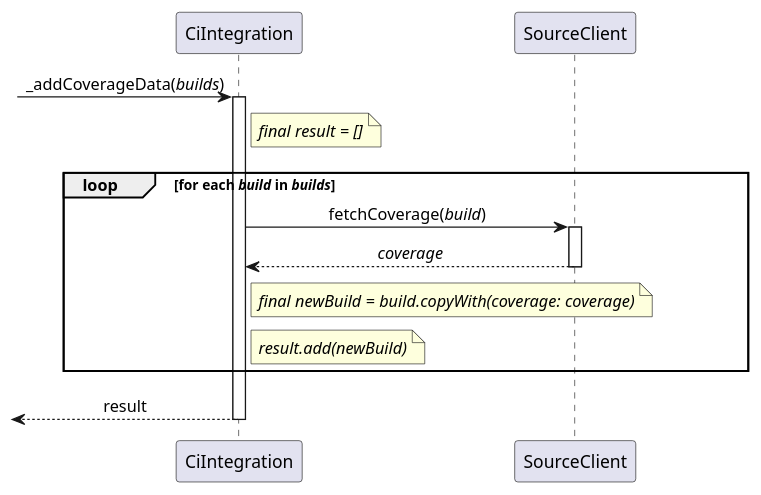
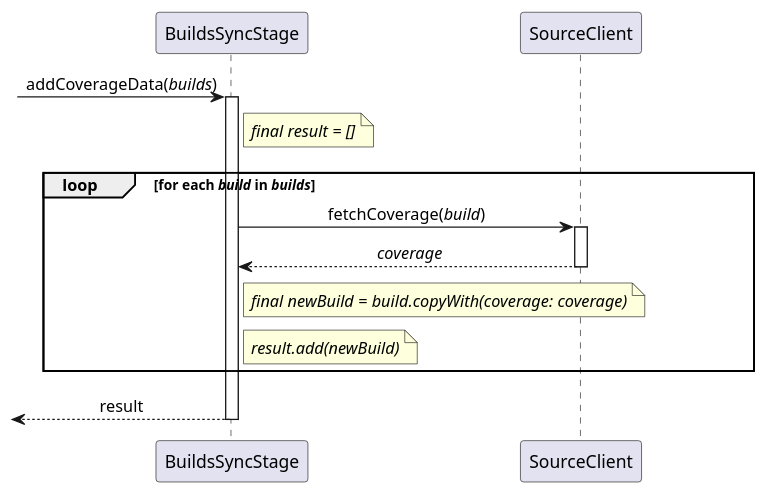
One commit to Flank/flank-dashboard changed the diagram in metrics/ci_integrations/docs/diagrams/add_coverage_data_sequence_diagram.puml. Above: the diagram before and after it, drawn with PlantUML. The commit also changed 4 other files, not shown here.

```diff
--- a/metrics/ci_integrations/docs/diagrams/add_coverage_data_sequence_diagram.puml
+++ b/metrics/ci_integrations/docs/diagrams/add_coverage_data_sequence_diagram.puml
@@ -1,22 +1,22 @@
 @startuml add_coverage_data_sequence_diagram
 'https://plantuml.com/sequence-diagram
 
 skinparam SequenceMessageAlignment center
 skinparam ParticipantPadding 80
 
-participant CiIntegration
+participant BuildsSyncStage
 participant SourceClient
 
-?-> CiIntegration ++ : _addCoverageData(//builds//)
-note right of CiIntegration: //final result = []//
+?-> BuildsSyncStage ++ : addCoverageData(//builds//)
+note right of BuildsSyncStage: //final result = []//
 ||8||
 loop for each //build// in //builds//
-    CiIntegration -> SourceClient ++ : fetchCoverage(//build//)
+    BuildsSyncStage -> SourceClient ++ : fetchCoverage(//build//)
     return //coverage//
-    note right of CiIntegration: //final newBuild = build.copyWith(coverage: coverage)//
-    note right of CiIntegration: //result.add(newBuild)//
+    note right of BuildsSyncStage: //final newBuild = build.copyWith(coverage: coverage)//
+    note right of BuildsSyncStage: //result.add(newBuild)//
 end
 ||8||
 return result
 
 @enduml
```
